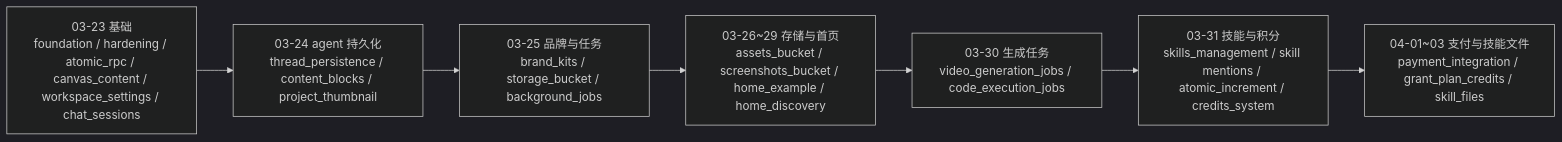
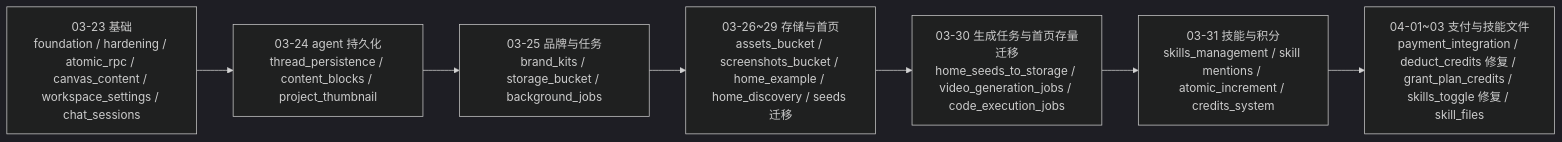
Before and after one commit to IsKenKenYa/KenFutWork: the fifth of 5 diagrams in docs/future/02-当前项目实现状态.md, drawn with Mermaid (dark theme). The commit also changed other lines of this file and 8 other files, not shown here.

````diff
--- a/docs/future/02-当前项目实现状态.md
+++ b/docs/future/02-当前项目实现状态.md
@@ -175,9 +175,9 @@
 ```mermaid
 graph LR
     A["03-23 基础<br/>foundation / hardening / atomic_rpc / canvas_content / workspace_settings / chat_sessions"] --> B["03-24 agent 持久化<br/>thread_persistence / content_blocks / project_thumbnail"]
     B --> C["03-25 品牌与任务<br/>brand_kits / storage_bucket / background_jobs"]
-    C --> D["03-26~29 存储与首页<br/>assets_bucket / screenshots_bucket / home_example / home_discovery"]
-    D --> E["03-30 生成任务<br/>video_generation_jobs / code_execution_jobs"]
+    C --> D["03-26~29 存储与首页<br/>assets_bucket / screenshots_bucket / home_example / home_discovery / seeds 迁移"]
+    D --> E["03-30 生成任务与首页存量迁移<br/>home_seeds_to_storage / video_generation_jobs / code_execution_jobs"]
     E --> F["03-31 技能与积分<br/>skills_management / skill mentions / atomic_increment / credits_system"]
-    F --> G["04-01~03 支付与技能文件<br/>payment_integration / grant_plan_credits / skill_files"]
+    F --> G["04-01~03 支付与技能文件<br/>payment_integration / deduct_credits 修复 / grant_plan_credits / skills_toggle 修复 / skill_files"]
 ```
````
